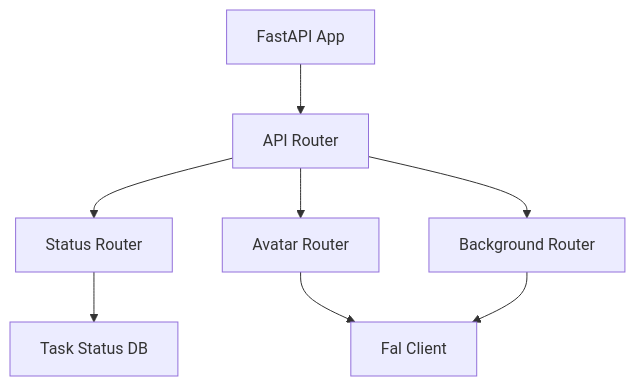
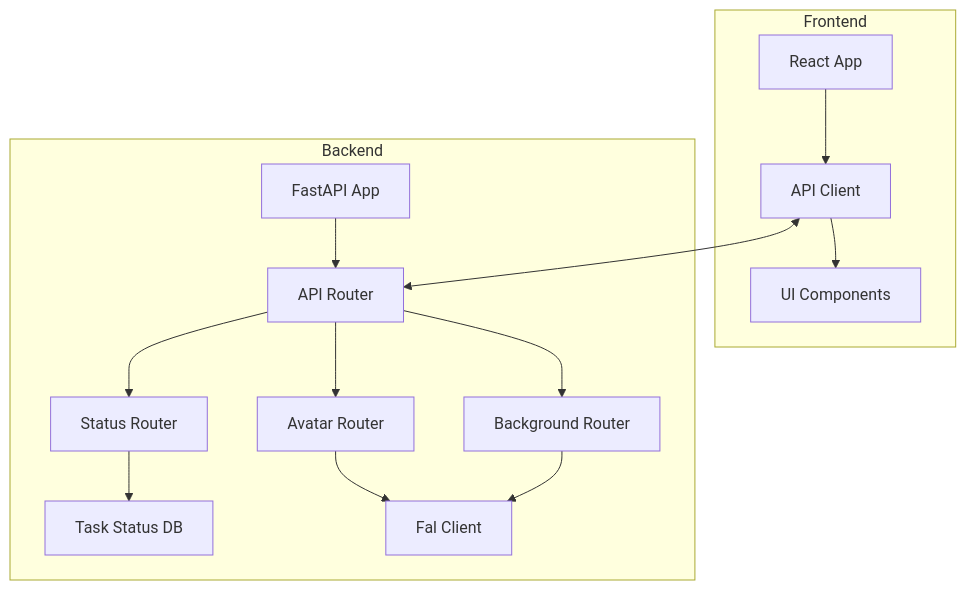
The diagram in memory-bank/systemPatterns.md (ateplyuk/avatar), drawn with Mermaid before and after one commit. The commit also changed other lines of this file and 3 other files, not shown here.

````diff
--- a/memory-bank/systemPatterns.md
+++ b/memory-bank/systemPatterns.md
@@ -27,10 +53,19 @@
 ```mermaid
 graph TD
-    A[FastAPI App] --> B[API Router]
-    B --> C[Status Router]
-    B --> D[Avatar Router]
-    B --> E[Background Router]
-    C --> F[Task Status DB]
-    D --> G[Fal Client]
-    E --> G
+    subgraph Frontend
+        A1[React App] --> B1[API Client]
+        B1 --> C1[UI Components]
+    end
+    
+    subgraph Backend
+        A2[FastAPI App] --> B2[API Router]
+        B2 --> C2[Status Router]
+        B2 --> D2[Avatar Router]
+        B2 --> E2[Background Router]
+        C2 --> F2[Task Status DB]
+        D2 --> G2[Fal Client]
+        E2 --> G2
+    end
+    
+    B1 <--> B2
 ```
````
